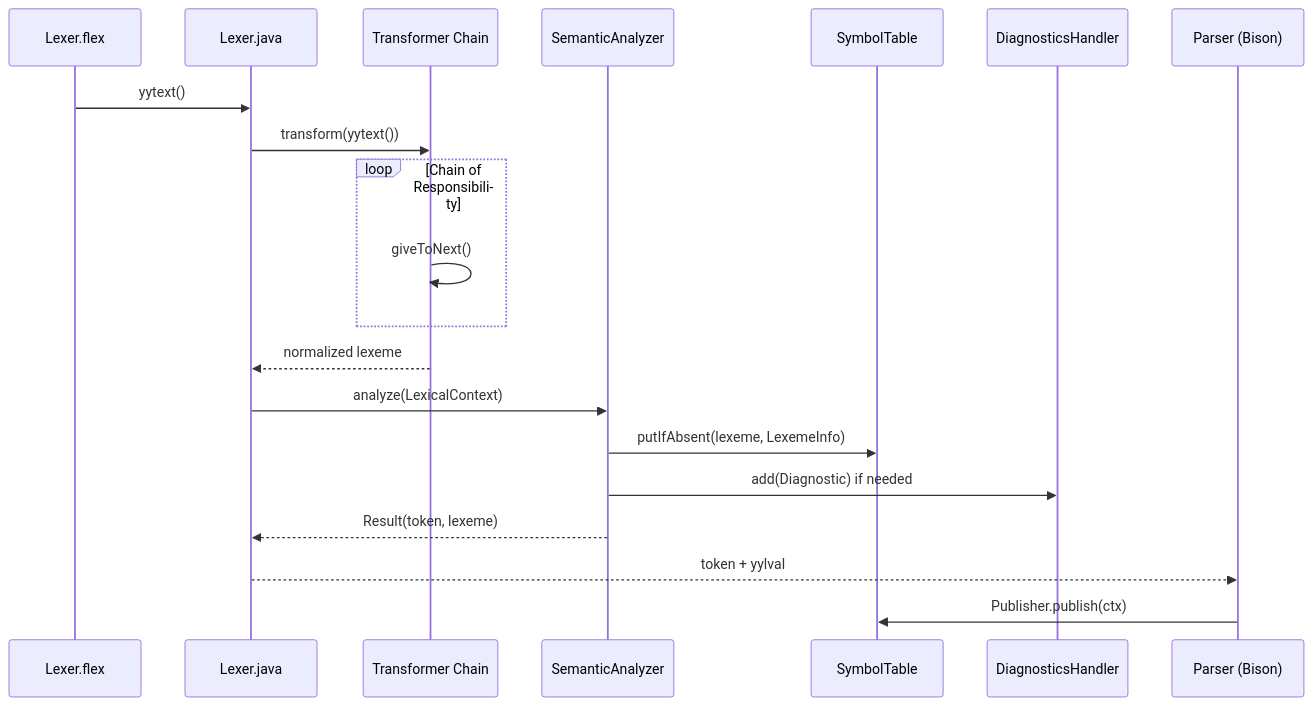
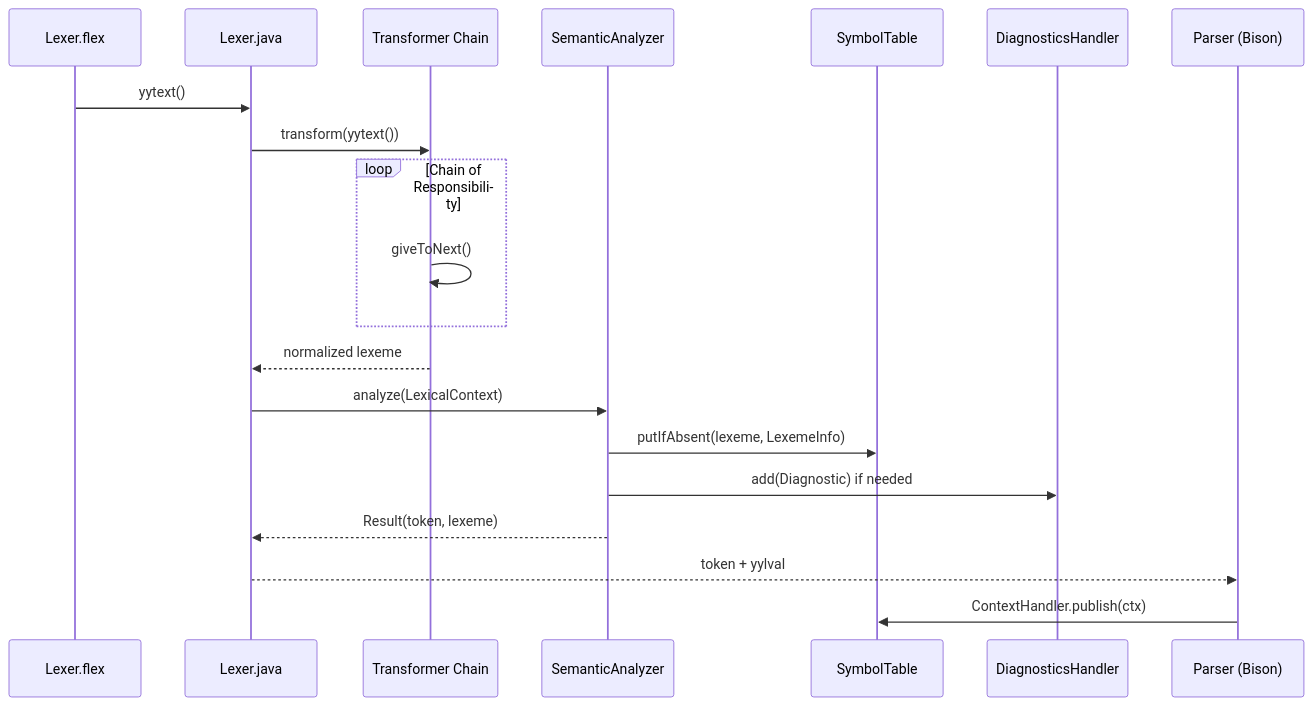
One commit to PascalUser/FLC-IEC61131-7 changed the fourth of 6 diagrams in doc/modules/parser.md. Above: the diagram before and after it, drawn with Mermaid. The commit also changed other lines of this file and 24 other files, not shown here.

````diff
--- a/doc/modules/parser.md
+++ b/doc/modules/parser.md
@@ -418,23 +443,23 @@
 ```mermaid
 sequenceDiagram
     participant JFlex as Lexer.flex
     participant Lexer as Lexer.java
     participant Transformer as Transformer Chain
     participant Analyzer as SemanticAnalyzer
     participant ST as SymbolTable
     participant Diag as DiagnosticsHandler
     participant Parser as Parser (Bison)
 
     JFlex->>Lexer: yytext()
     Lexer->>Transformer: transform(yytext())
     loop Chain of Responsibility
         Transformer->>Transformer: giveToNext()
     end
     Transformer-->>Lexer: normalized lexeme
     Lexer->>Analyzer: analyze(LexicalContext)
     Analyzer->>ST: putIfAbsent(lexeme, LexemeInfo)
     Analyzer->>Diag: add(Diagnostic) if needed
     Analyzer-->>Lexer: Result(token, lexeme)
     Lexer-->>Parser: token + yylval
-    Parser->>ST: Publisher.publish(ctx)
+    Parser->>ST: ContextHandler.publish(ctx)
 ```
````
